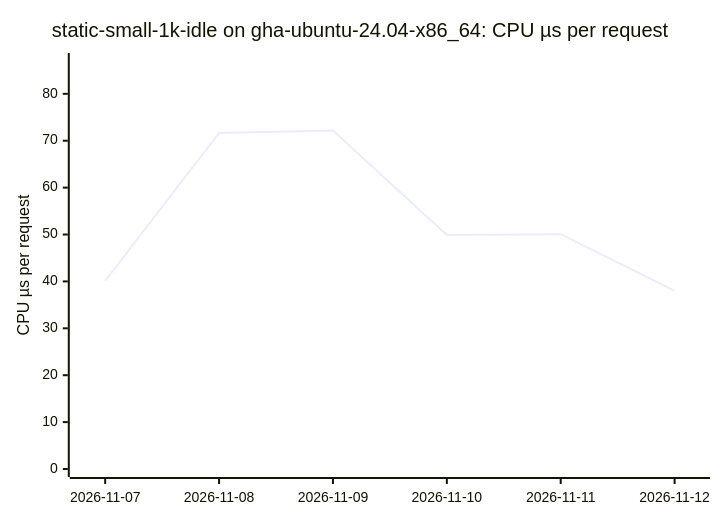
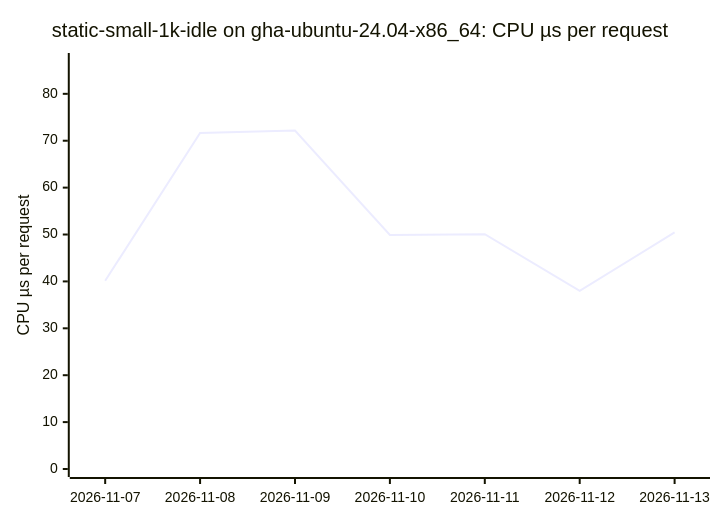
The ninth of 18 diagrams in BENCHMARKS.md (ThePixelPilgrim/durchlauferhitzer), drawn with Mermaid before and after one commit. The commit also changed other lines of this file and 1 other file, not shown here.

````diff
--- a/BENCHMARKS.md
+++ b/BENCHMARKS.md
@@ -106,7 +106,7 @@
 ```mermaid
 xychart-beta
   title "static-small-1k-idle on gha-ubuntu-24.04-x86_64: CPU µs per request"
-  x-axis ["2026-11-07", "2026-11-08", "2026-11-09", "2026-11-10", "2026-11-11", "2026-11-12"]
+  x-axis ["2026-11-07", "2026-11-08", "2026-11-09", "2026-11-10", "2026-11-11", "2026-11-12", "2026-11-13"]
   y-axis "CPU µs per request" 0 --> 87
-  line [40.14, 71.65, 72.17, 49.90, 50.08, 37.97]
+  line [40.14, 71.65, 72.17, 49.90, 50.08, 37.97, 50.44]
 ```
````
